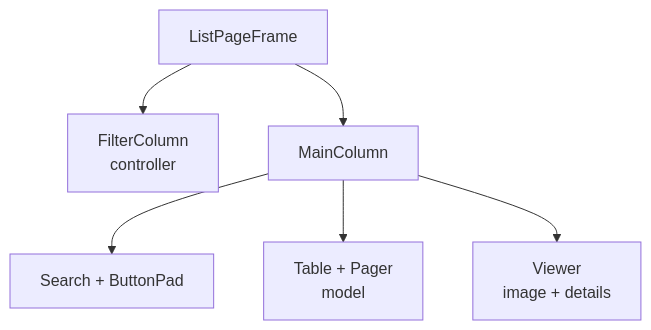
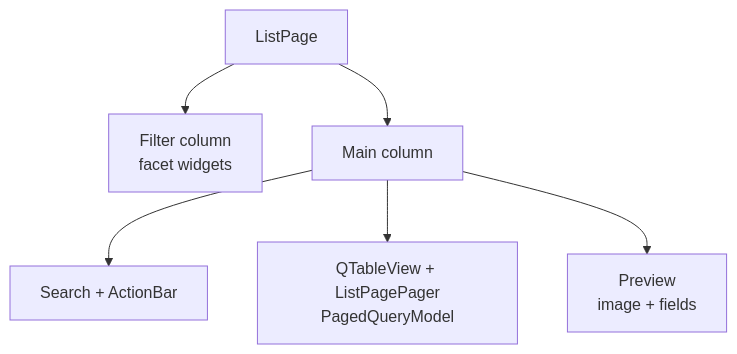
Before and after one commit to medaminben/VLMS: the sixth of 28 diagrams in docs/architecture/beta-uml.md, drawn with Mermaid. The commit also changed other lines of this file, not shown here.

First line of the commit message:
Refresh the Beta UML for the frontend redesign.

````diff
--- a/docs/architecture/beta-uml.md
+++ b/docs/architecture/beta-uml.md
@@ -142,9 +180,9 @@
 ```mermaid
 flowchart TD
-    Frame[ListPageFrame]
-    Frame --> Filters[FilterColumn<br/>controller]
-    Frame --> Main[MainColumn]
-    Main --> Bar[Search + ButtonPad]
-    Main --> Model[Table + Pager<br/>model]
-    Main --> Viewer[Viewer<br/>image + details]
+    Page[ListPage]
+    Page --> Filters[Filter column<br/>facet widgets]
+    Page --> Main[Main column]
+    Main --> Bar[Search + ActionBar]
+    Main --> Model[QTableView + ListPagePager<br/>PagedQueryModel]
+    Main --> Viewer[Preview<br/>image + fields]
 ```
````
